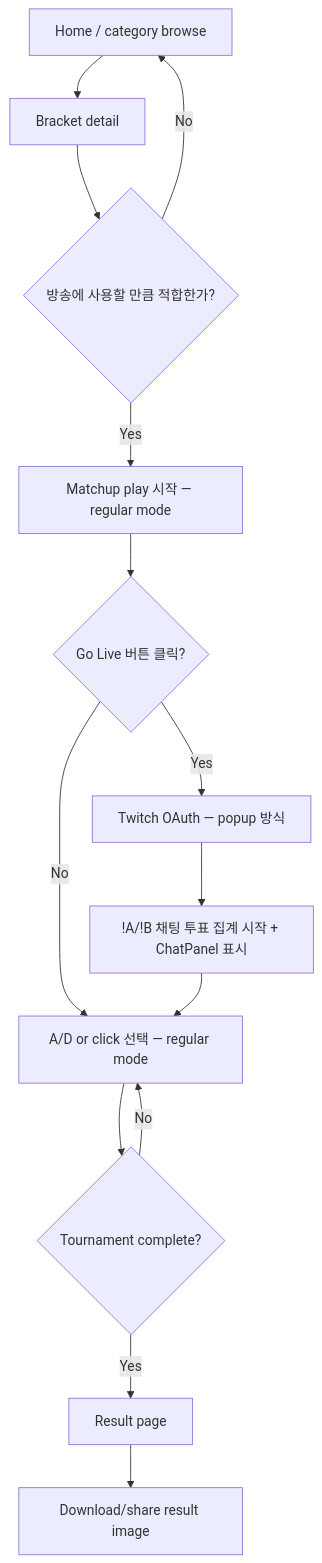
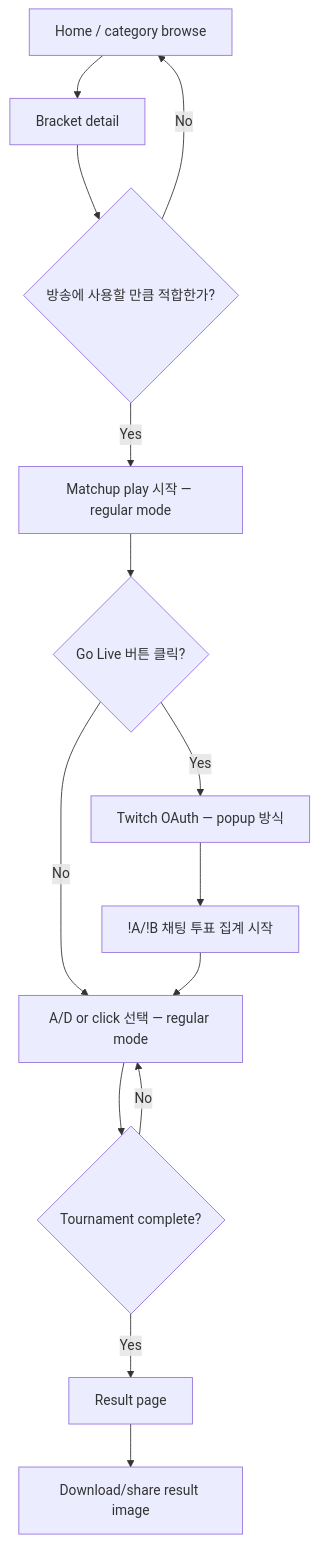
The first of 4 diagrams in _bmad-output/planning-artifacts/ux-design-specification.md (gyeongmin-lee/saveonedropone), drawn with Mermaid before and after one commit. The commit also changed other lines of this file and 17 other files, not shown here.

````diff
--- a/_bmad-output/planning-artifacts/ux-design-specification.md
+++ b/_bmad-output/planning-artifacts/ux-design-specification.md
@@ -156,16 +216,16 @@
 ```mermaid
 flowchart TD
   A[Home / category browse] --> B[Bracket detail]
   B --> C{방송에 사용할 만큼 적합한가?}
   C -- No --> A
   C -- Yes --> D[Matchup play 시작 — regular mode]
   D --> D2{Go Live 버튼 클릭?}
   D2 -- No --> G[A/D or click 선택 — regular mode]
   D2 -- Yes --> E[Twitch OAuth — popup 방식]
-  E --> F[!A/!B 채팅 투표 집계 시작 + ChatPanel 표시]
+  E --> F[!A/!B 채팅 투표 집계 시작]
   F --> G
   G --> H{Tournament complete?}
   H -- No --> G
   H -- Yes --> I[Result page]
   I --> J[Download/share result image]
 ```
````
